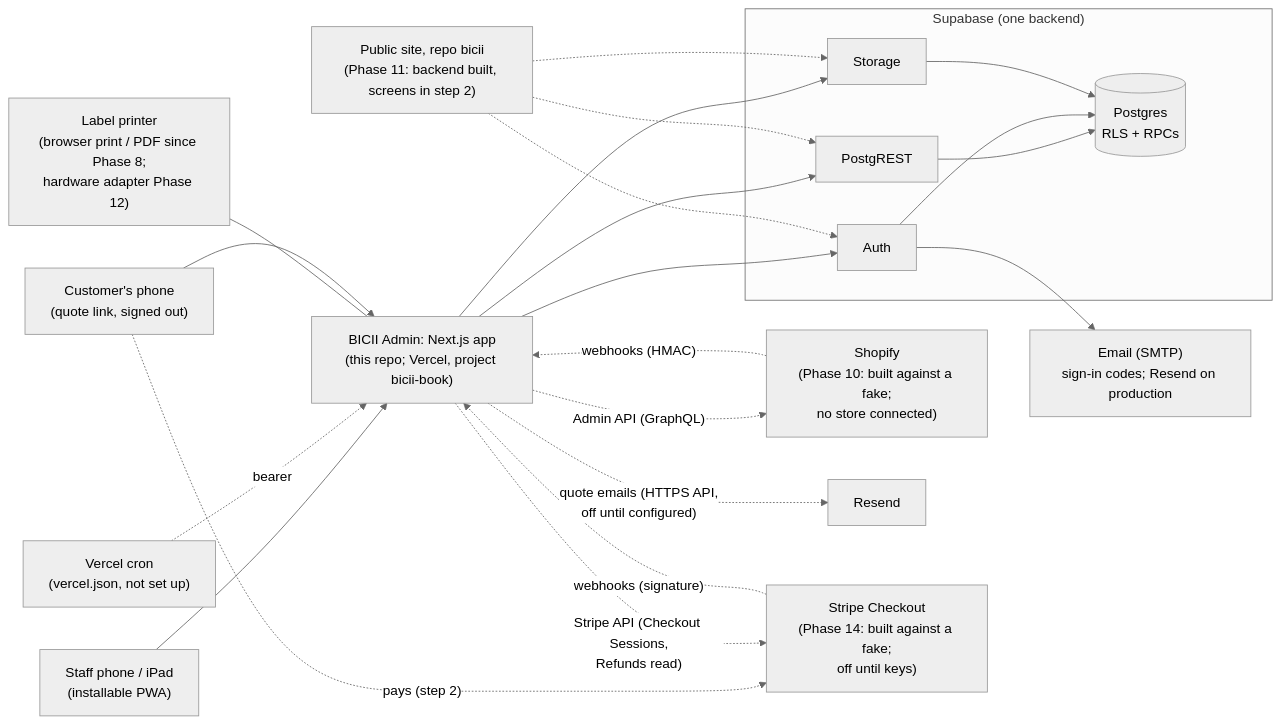
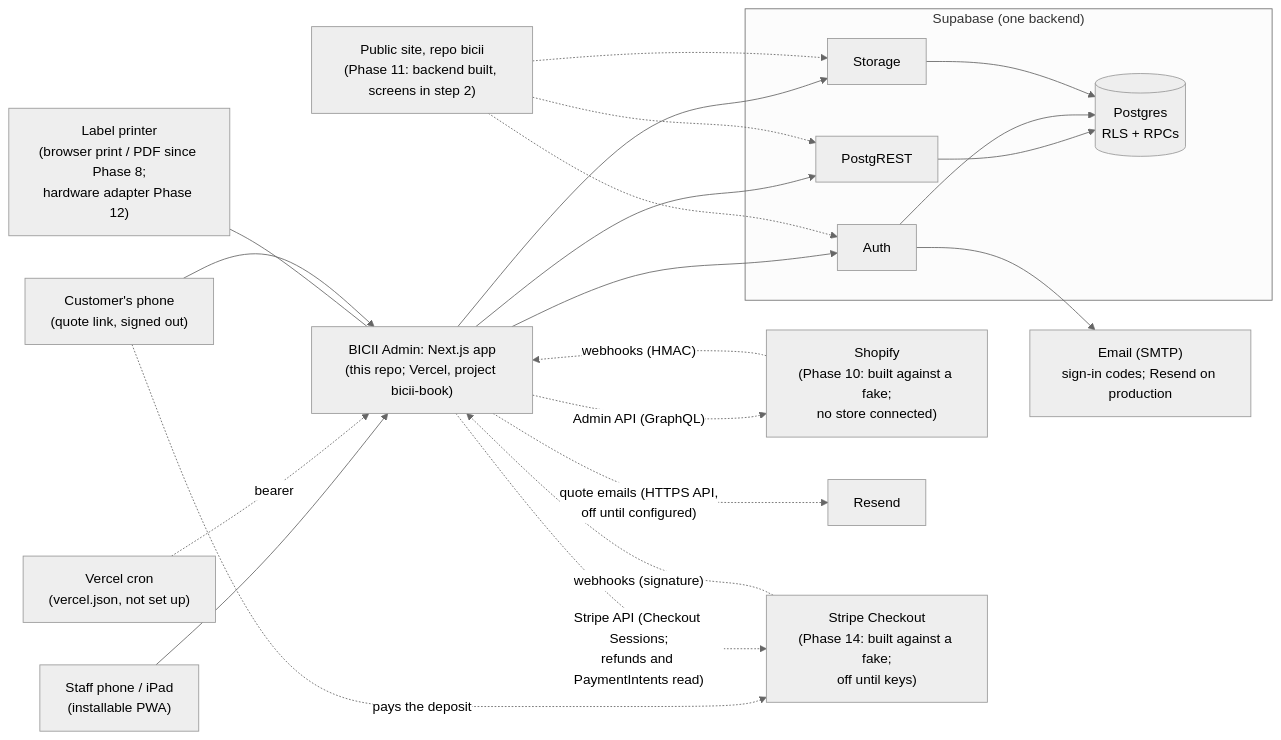
Before and after one commit to georgieboys/bicii-book: the diagram in docs/ARCHITECTURE.md, drawn with Mermaid (neutral theme). The commit also changed other lines of this file and 55 other files, not shown here.

````diff
--- a/docs/ARCHITECTURE.md
+++ b/docs/ARCHITECTURE.md
@@ -18,30 +18,30 @@
 ```mermaid
 flowchart LR
   staff["Staff phone / iPad<br/>(installable PWA)"] --> app["BICII Admin: Next.js app<br/>(this repo; Vercel, project bicii-book)"]
   app --> auth
   app --> rest
   app --> storage
   subgraph supabase["Supabase (one backend)"]
     auth["Auth"]
     rest["PostgREST"]
     storage["Storage"]
     db[("Postgres<br/>RLS + RPCs")]
     rest --> db
     auth --> db
     storage --> db
   end
   public["Public site, repo bicii<br/>(Phase 11: backend built, screens in step 2)"] -.-> rest
   public -.-> auth
   public -.-> storage
   shopify["Shopify<br/>(Phase 10: built against a fake;<br/>no store connected)"] -. "webhooks (HMAC)" .-> app
   app -. "Admin API (GraphQL)" .-> shopify
   cron["Vercel cron<br/>(vercel.json, not set up)"] -. "bearer" .-> app
   printer["Label printer<br/>(browser print / PDF since Phase 8;<br/>hardware adapter Phase 12)"] --- app
   auth --> mail["Email (SMTP)<br/>sign-in codes; Resend on production"]
   customer["Customer's phone<br/>(quote link, signed out)"] --> app
   app -. "quote emails (HTTPS API,<br/>off until configured)" .-> resend["Resend"]
   stripe["Stripe Checkout<br/>(Phase 14: built against a fake;<br/>off until keys)"]
-  customer -. "pays (step 2)" .-> stripe
-  app -. "Stripe API (Checkout Sessions,<br/>Refunds read)" .-> stripe
+  customer -. "pays the deposit" .-> stripe
+  app -. "Stripe API (Checkout Sessions;<br/>refunds and PaymentIntents read)" .-> stripe
   stripe -. "webhooks (signature)" .-> app
 ```
````
